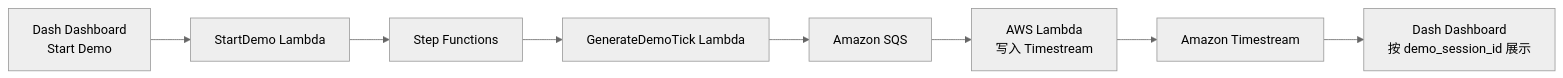
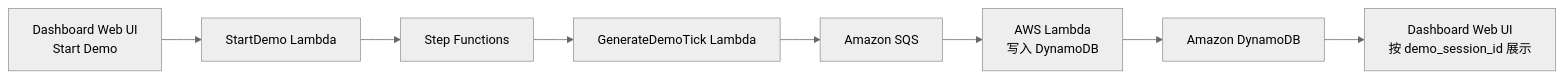
The second of 2 diagrams in ARCHITECTURE_CN.md (pnlync/fog-car-insurance-real-time-pricing), drawn with Mermaid (neutral theme) before and after one commit. The commit also changed other lines of this file and 12 other files, not shown here.

Commit message:
Refactor AWS deployment to DynamoDB and Lambda URL dashboard

````diff
--- a/ARCHITECTURE_CN.md
+++ b/ARCHITECTURE_CN.md
@@ -52,10 +52,10 @@
 ```mermaid
 flowchart LR
-    A["Dash Dashboard\nStart Demo"] --> B["StartDemo Lambda"]
+    A["Dashboard Web UI\nStart Demo"] --> B["StartDemo Lambda"]
     B --> C["Step Functions"]
     C --> D["GenerateDemoTick Lambda"]
     D --> E["Amazon SQS"]
-    E --> F["AWS Lambda\n写入 Timestream"]
-    F --> G["Amazon Timestream"]
-    G --> H["Dash Dashboard\n按 demo_session_id 展示"]
+    E --> F["AWS Lambda\n写入 DynamoDB"]
+    F --> G["Amazon DynamoDB"]
+    G --> H["Dashboard Web UI\n按 demo_session_id 展示"]
 ```
````
